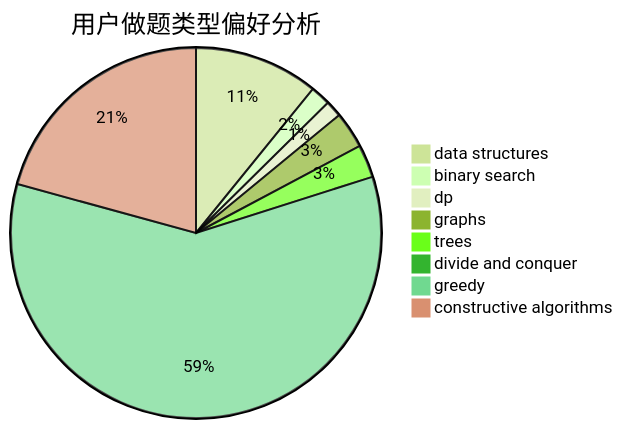
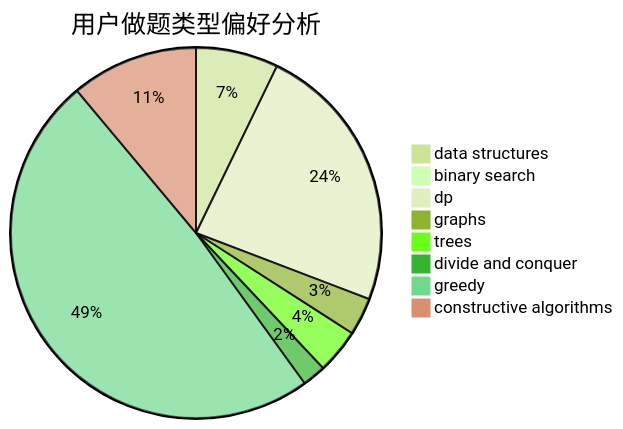
The second of 3 diagrams in docs/user/u2092.md (sherpahu/cfrs.github.io), drawn with Mermaid (forest theme) before and after one commit. The commit also changed other lines of this file and 2770 other files, not shown here.

````diff
--- a/docs/user/u2092.md
+++ b/docs/user/u2092.md
@@ -23,11 +23,11 @@
 ```mermaid
 pie title 用户做题类型偏好分析
-    "data structures" :  68
-    "binary search" :  11
-    "dp" :  9
-    "graphs" :  20
-    "trees" :  18
-    "divide and conquer" :  1
-    "greedy" :  371
-    "constructive algorithms" :  130
+    "data structures" :  35
+    "binary search" :  2
+    "dp" :  115
+    "graphs" :  16
+    "trees" :  19
+    "divide and conquer" :  10
+    "greedy" :  238
+    "constructive algorithms" :  54
 ```
````
